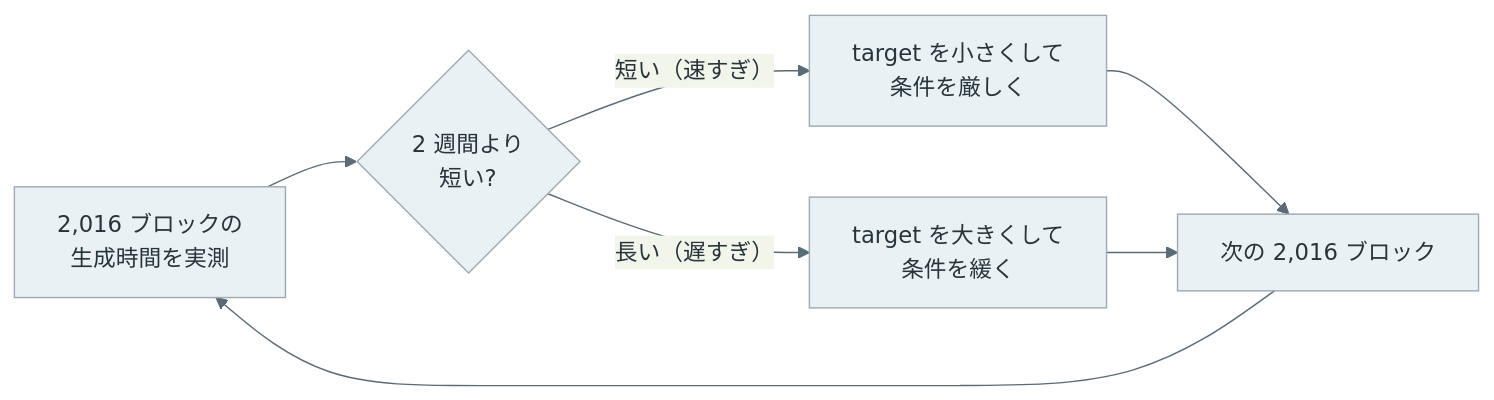
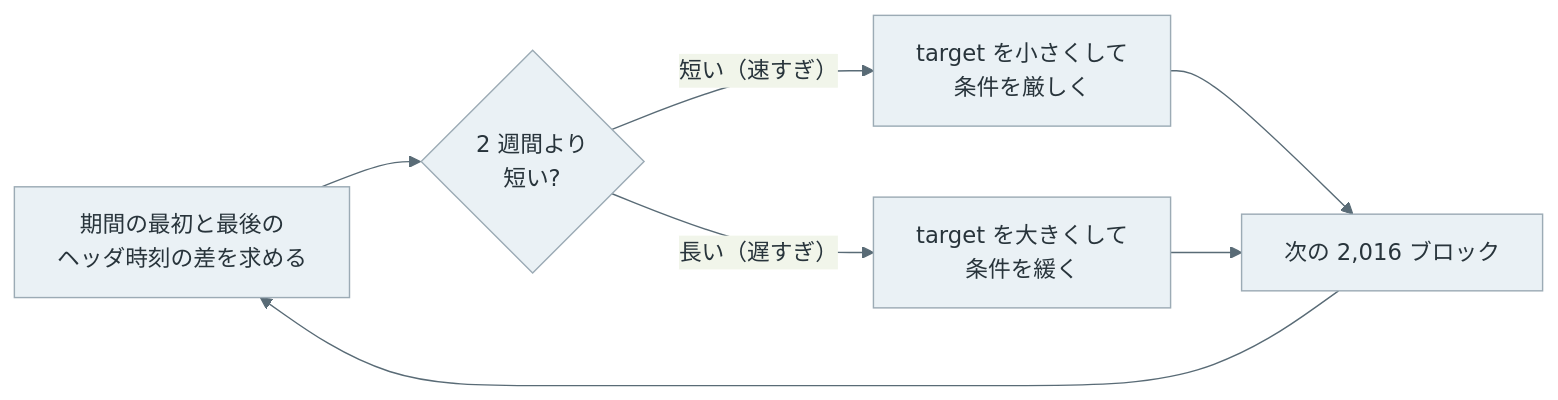
The sixth of 7 diagrams in content/notes/blockchain-systems/proof-of-work/index.md (nao1215/debimate), drawn with Mermaid before and after one commit. The commit also changed other lines of this file and 101 other files, not shown here.

Commit message:
feat(notes): add blockchain labs and improve technical diagrams

````diff
--- a/content/notes/blockchain-systems/proof-of-work/index.md
+++ b/content/notes/blockchain-systems/proof-of-work/index.md
@@ -177,10 +236,10 @@
 ```mermaid
 %%{init: {"theme":"base","themeVariables":{"primaryColor":"#eaf1f5","primaryTextColor":"#28343b","primaryBorderColor":"#9cabb5","lineColor":"#596b76","textColor":"#28343b","actorBkg":"#eaf1f5","actorBorder":"#9cabb5","actorTextColor":"#28343b","actorLineColor":"#9cabb5","signalColor":"#596b76","signalTextColor":"#28343b","noteBkgColor":"#f7f1e5","noteBorderColor":"#c5b99b","noteTextColor":"#403c32","activationBkgColor":"#edf3ef","activationBorderColor":"#9aafa1"}}}%%
 flowchart LR
-    B["2,016 ブロックの<br/>生成時間を実測"] --> C{"2 週間より<br/>短い?"}
+    B["期間の最初と最後の<br/>ヘッダ時刻の差を求める"] --> C{"2 週間より<br/>短い?"}
     C -->|"短い（速すぎ）"| D["target を小さくして<br/>条件を厳しく"]
     C -->|"長い（遅すぎ）"| E["target を大きくして<br/>条件を緩く"]
     D --> F["次の 2,016 ブロック"] --> B
     E --> F
     classDef default fill:#eaf1f5,stroke:#9cabb5,color:#28343b;
 ```
````
